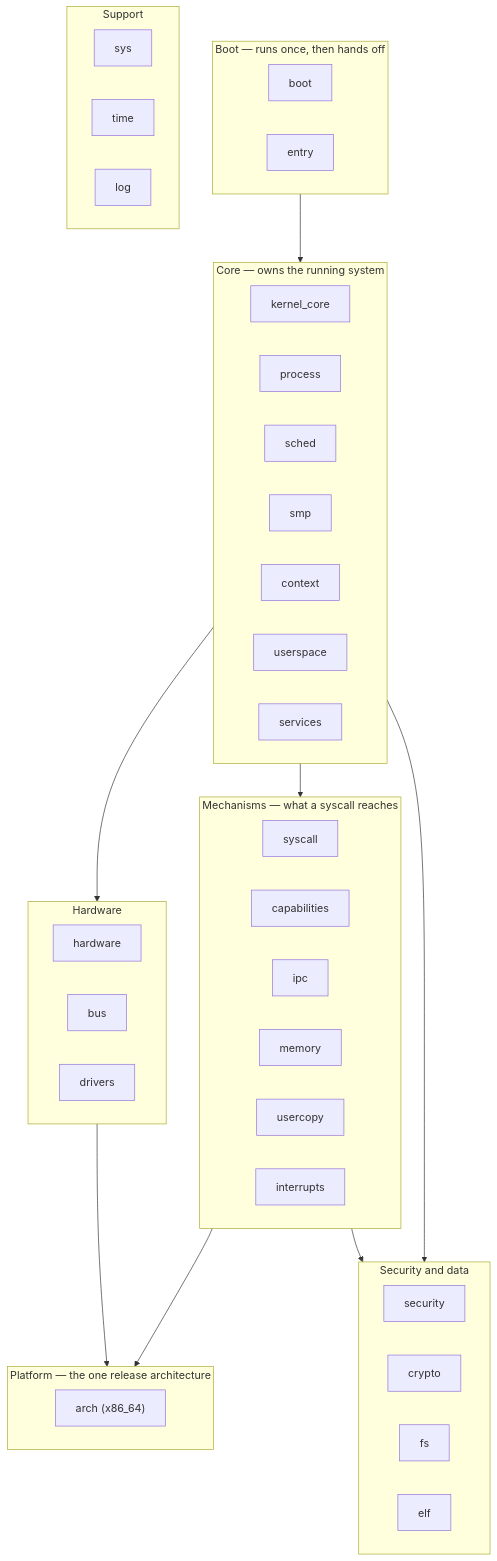
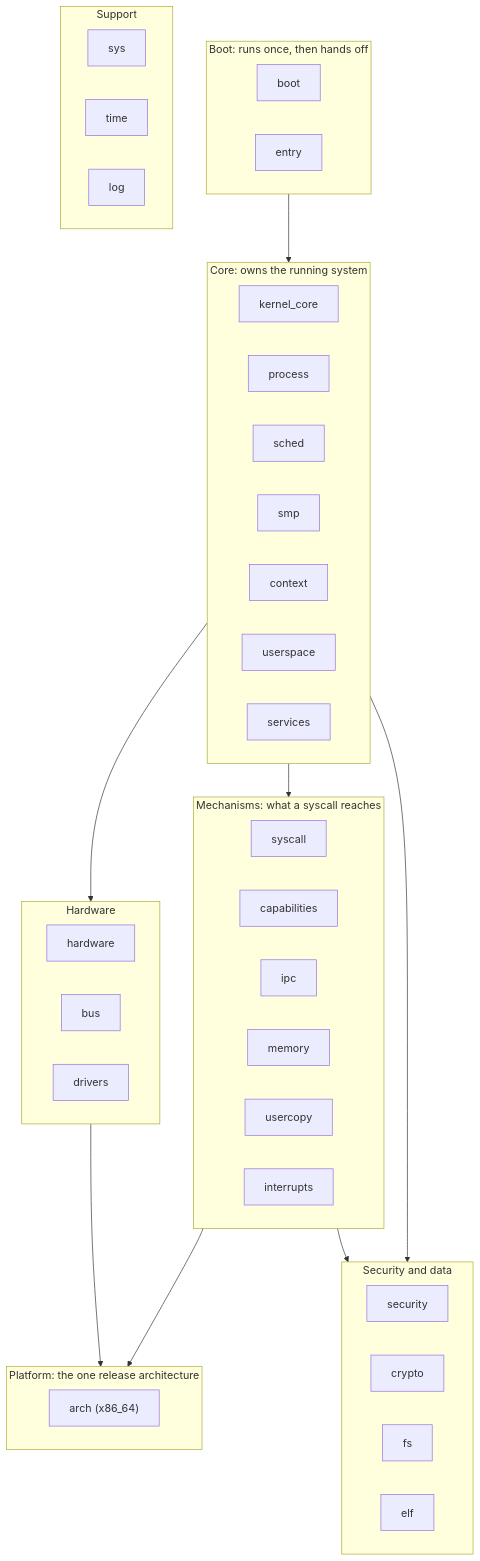
The first of 2 diagrams in docs/internals/README.md (NON-OS/microkernel), drawn with Mermaid before and after one commit. The commit also changed other lines of this file and 16 other files, not shown here.

````diff
--- a/docs/internals/README.md
+++ b/docs/internals/README.md
@@ -13,51 +13,51 @@
 ```mermaid
 flowchart TB
-    subgraph boot["Boot — runs once, then hands off"]
+    subgraph boot["Boot: runs once, then hands off"]
         B_boot["boot"]
         B_entry["entry"]
     end
-    subgraph core["Core — owns the running system"]
+    subgraph core["Core: owns the running system"]
         C_kcore["kernel_core"]
         C_proc["process"]
         C_sched["sched"]
         C_smp["smp"]
         C_ctx["context"]
         C_user["userspace"]
         C_svc["services"]
     end
-    subgraph mech["Mechanisms — what a syscall reaches"]
+    subgraph mech["Mechanisms: what a syscall reaches"]
         M_sys["syscall"]
         M_cap["capabilities"]
         M_ipc["ipc"]
         M_mem["memory"]
         M_ucopy["usercopy"]
         M_int["interrupts"]
     end
     subgraph hw["Hardware"]
         H_hw["hardware"]
         H_bus["bus"]
         H_drv["drivers"]
     end
     subgraph data["Security and data"]
         D_sec["security"]
         D_crypto["crypto"]
         D_fs["fs"]
         D_elf["elf"]
     end
-    subgraph plat["Platform — the one release architecture"]
+    subgraph plat["Platform: the one release architecture"]
         P_arch["arch (x86_64)"]
     end
     subgraph sup["Support"]
         S_sys["sys"]
         S_time["time"]
         S_log["log"]
     end
 
     boot --> core
     core --> mech
     mech --> plat
     hw --> plat
     core --> hw
     core --> data
     mech --> data
 ```
````
